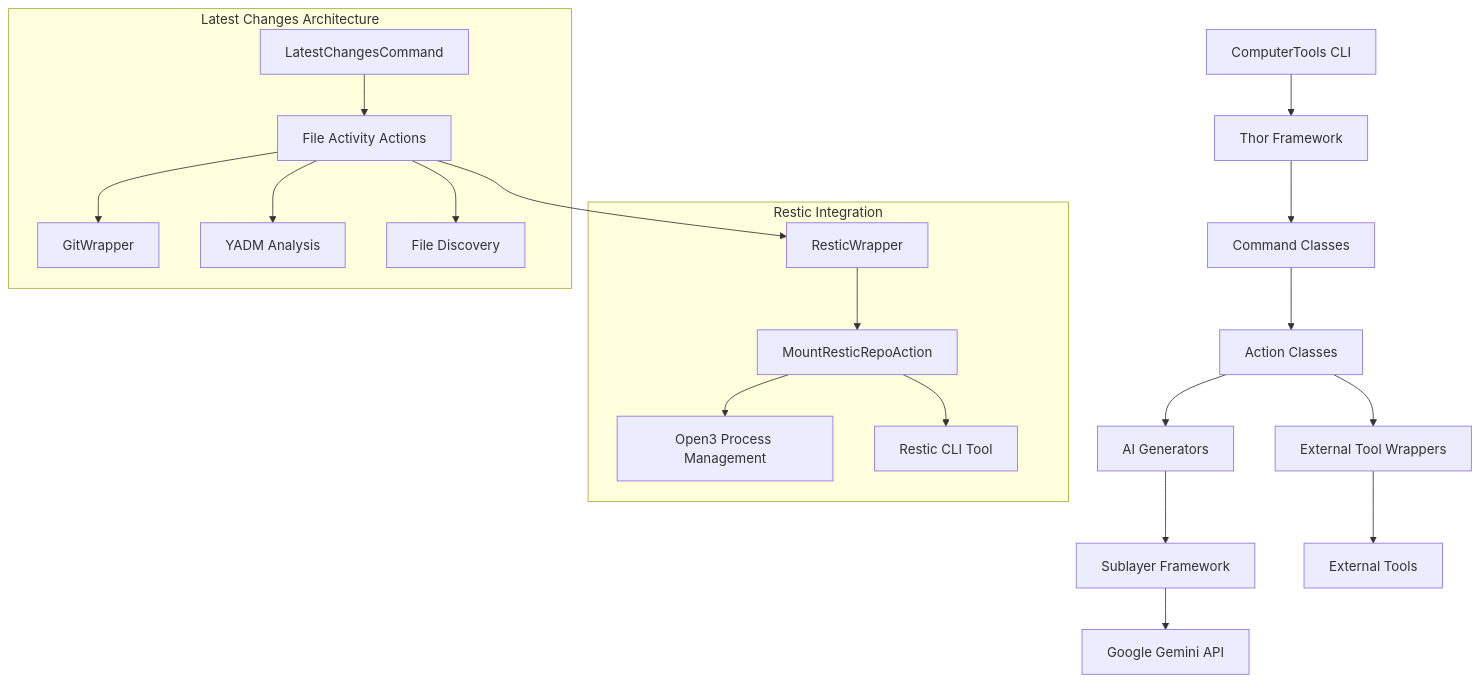
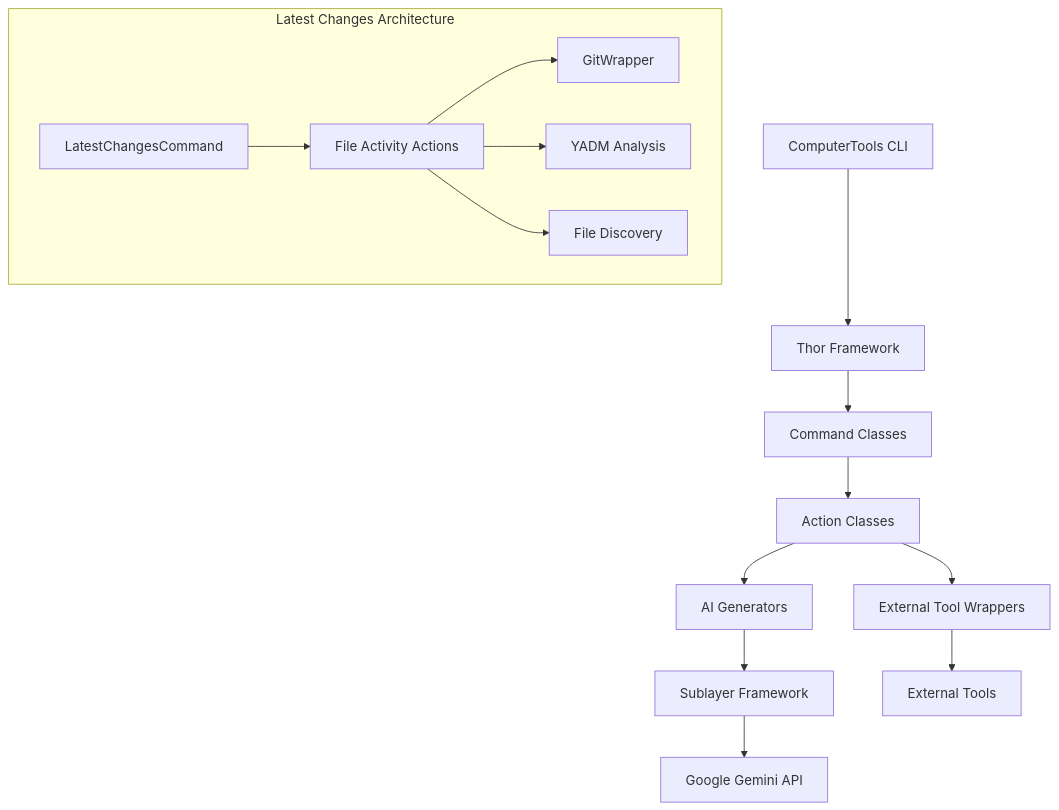
The diagram in README.md (b08x/ComputerTools), drawn with Mermaid before and after one commit. The commit also changed other lines of this file and 14 other files, not shown here.

````diff
--- a/README.md
+++ b/README.md
@@ -156,28 +145,21 @@
 ```mermaid
 graph TB
     CLI[ComputerTools CLI] --> Thor[Thor Framework]
     Thor --> Commands[Command Classes]
     
     Commands --> Actions[Action Classes]
     Actions --> Wrappers[External Tool Wrappers]
     Actions --> Generators[AI Generators]
     
     Generators --> Sublayer[Sublayer Framework]
     Sublayer --> Gemini[Google Gemini API]
     
     Wrappers --> External[External Tools]
     
-    subgraph "Restic Integration"
-        ResticWrapper[ResticWrapper] --> MountAction[MountResticRepoAction]
-        MountAction --> Open3[Open3 Process Management]
-        MountAction --> ResticCLI[Restic CLI Tool]
-    end
-    
     subgraph "Latest Changes Architecture"
         LCCmd[LatestChangesCommand] --> LCActions[File Activity Actions]
         LCActions --> GitWrapper[GitWrapper]
-        LCActions --> ResticWrapper
         LCActions --> YadmWrapper[YADM Analysis]
         LCActions --> FileDiscovery[File Discovery]
     end
 ```
````
